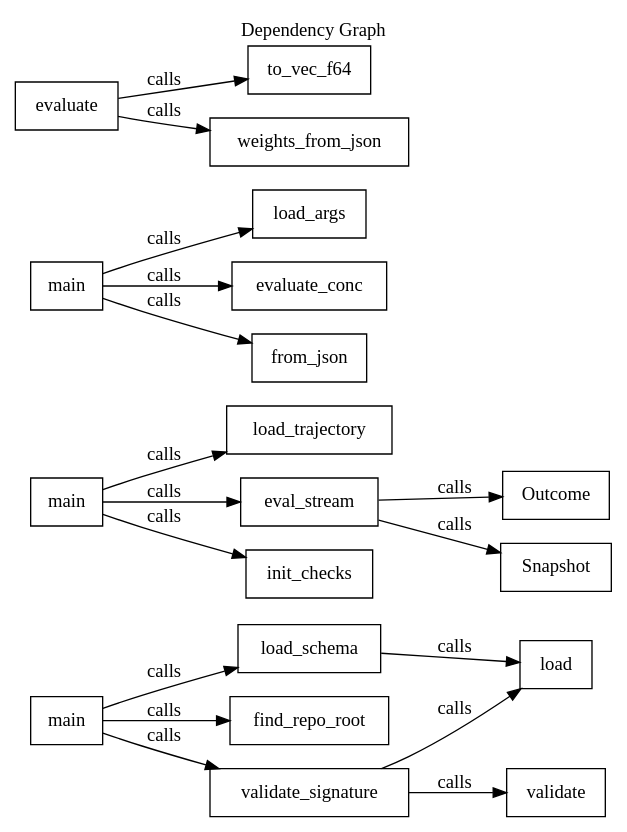
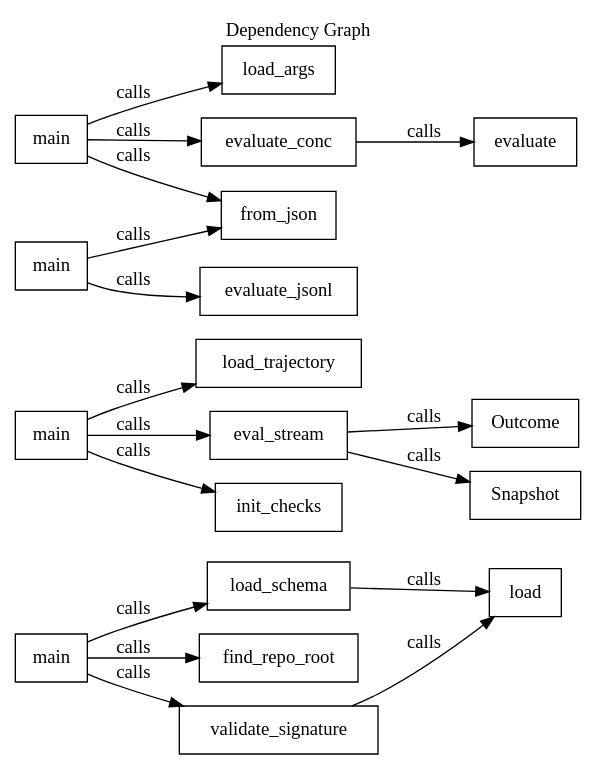
One commit to OmnisGenomics/VeriBiota changed the fourth of 8 diagrams in docs/wiki/diagrams.md. Above: the diagram before and after it, drawn with Graphviz. The commit also changed other lines of this file and 27 other files, not shown here.

````diff
--- a/docs/wiki/diagrams.md
+++ b/docs/wiki/diagrams.md
@@ -189,44 +189,43 @@
 ```dot
 digraph RepoIntel {
   label="Dependency Graph";
   labelloc=t;
   rankdir=LR;
   node [shape=box];
   "symbol:.github/scripts/validate_snapshots.py:load_schema:25" [label="load_schema", shape=box];
   "symbol:scripts/schemaValidate.mjs:load:14" [label="load", shape=box];
   "symbol:.github/scripts/validate_snapshots.py:main:57" [label="main", shape=box];
   "symbol:.github/scripts/validate_snapshots.py:find_repo_root:31" [label="find_repo_root", shape=box];
   "symbol:.github/scripts/validate_snapshots.py:validate_signature:42" [label="validate_signature", shape=box];
-  "symbol:scripts/validateTasks.mjs:validate:16" [label="validate", shape=box];
   "symbol:adapters/python/demo.py:main:22" [label="main", shape=box];
   "symbol:adapters/python/demo.py:load_trajectory:14" [label="load_trajectory", shape=box];
   "symbol:adapters/python/veribiota_adapter.py:eval_stream:48" [label="eval_stream", shape=box];
   "symbol:adapters/python/veribiota_adapter.py:init_checks:41" [label="init_checks", shape=box];
   "symbol:adapters/python/veribiota_adapter.py:Outcome:25" [label="Outcome", shape=box];
   "symbol:adapters/python/veribiota_adapter.py:Snapshot:15" [label="Snapshot", shape=box];
   "symbol:adapters/rust/src/main.rs:main:41" [label="main", shape=box];
   "symbol:adapters/rust/src/main.rs:load_args:19" [label="load_args", shape=box];
-  "symbol:engine/biosim-checks/src/lib.rs:evaluate_conc:215" [label="evaluate_conc", shape=box];
-  "symbol:engine/biosim-checks/src/lib.rs:from_json:209" [label="from_json", shape=box];
-  "symbol:engine/biosim-checks/src/bin/eval.rs:evaluate:93" [label="evaluate", shape=box];
-  "symbol:engine/biosim-checks/src/bin/eval.rs:to_vec_f64:51" [label="to_vec_f64", shape=box];
-  "symbol:engine/biosim-checks/src/bin/eval.rs:weights_from_json:68" [label="weights_from_json", shape=box];
+  "symbol:engine/biosim-checks/src/lib.rs:evaluate_conc:241" [label="evaluate_conc", shape=box];
+  "symbol:engine/biosim-checks/src/lib.rs:from_json:235" [label="from_json", shape=box];
+  "symbol:engine/biosim-checks/src/bin/eval.rs:main:6" [label="main", shape=box];
+  "symbol:engine/biosim-checks/src/lib.rs:evaluate_jsonl:259" [label="evaluate_jsonl", shape=box];
+  "symbol:engine/biosim-checks/src/lib.rs:evaluate:65" [label="evaluate", shape=box];
   "symbol:.github/scripts/validate_snapshots.py:load_schema:25" -> "symbol:scripts/schemaValidate.mjs:load:14" [label="calls"];
   "symbol:.github/scripts/validate_snapshots.py:main:57" -> "symbol:.github/scripts/validate_snapshots.py:find_repo_root:31" [label="calls"];
   "symbol:.github/scripts/validate_snapshots.py:main:57" -> "symbol:.github/scripts/validate_snapshots.py:load_schema:25" [label="calls"];
   "symbol:.github/scripts/validate_snapshots.py:main:57" -> "symbol:.github/scripts/validate_snapshots.py:validate_signature:42" [label="calls"];
   "symbol:.github/scripts/validate_snapshots.py:validate_signature:42" -> "symbol:scripts/schemaValidate.mjs:load:14" [label="calls"];
-  "symbol:.github/scripts/validate_snapshots.py:validate_signature:42" -> "symbol:scripts/validateTasks.mjs:validate:16" [label="calls"];
   "symbol:adapters/python/demo.py:main:22" -> "symbol:adapters/python/demo.py:load_trajectory:14" [label="calls"];
   "symbol:adapters/python/demo.py:main:22" -> "symbol:adapters/python/veribiota_adapter.py:eval_stream:48" [label="calls"];
   "symbol:adapters/python/demo.py:main:22" -> "symbol:adapters/python/veribiota_adapter.py:init_checks:41" [label="calls"];
   "symbol:adapters/python/veribiota_adapter.py:eval_stream:48" -> "symbol:adapters/python/veribiota_adapter.py:Outcome:25" [label="calls"];
   "symbol:adapters/python/veribiota_adapter.py:eval_stream:48" -> "symbol:adapters/python/veribiota_adapter.py:Snapshot:15" [label="calls"];
   "symbol:adapters/rust/src/main.rs:main:41" -> "symbol:adapters/rust/src/main.rs:load_args:19" [label="calls"];
-  "symbol:adapters/rust/src/main.rs:main:41" -> "symbol:engine/biosim-checks/src/lib.rs:evaluate_conc:215" [label="calls"];
-  "symbol:adapters/rust/src/main.rs:main:41" -> "symbol:engine/biosim-checks/src/lib.rs:from_json:209" [label="calls"];
-  "symbol:engine/biosim-checks/src/bin/eval.rs:evaluate:93" -> "symbol:engine/biosim-checks/src/bin/eval.rs:to_vec_f64:51" [label="calls"];
-  "symbol:engine/biosim-checks/src/bin/eval.rs:evaluate:93" -> "symbol:engine/biosim-checks/src/bin/eval.rs:weights_from_json:68" [label="calls"];
+  "symbol:adapters/rust/src/main.rs:main:41" -> "symbol:engine/biosim-checks/src/lib.rs:evaluate_conc:241" [label="calls"];
+  "symbol:adapters/rust/src/main.rs:main:41" -> "symbol:engine/biosim-checks/src/lib.rs:from_json:235" [label="calls"];
+  "symbol:engine/biosim-checks/src/bin/eval.rs:main:6" -> "symbol:engine/biosim-checks/src/lib.rs:evaluate_jsonl:259" [label="calls"];
+  "symbol:engine/biosim-checks/src/bin/eval.rs:main:6" -> "symbol:engine/biosim-checks/src/lib.rs:from_json:235" [label="calls"];
+  "symbol:engine/biosim-checks/src/lib.rs:evaluate_conc:241" -> "symbol:engine/biosim-checks/src/lib.rs:evaluate:65" [label="calls"];
 }
 
 ```
````
